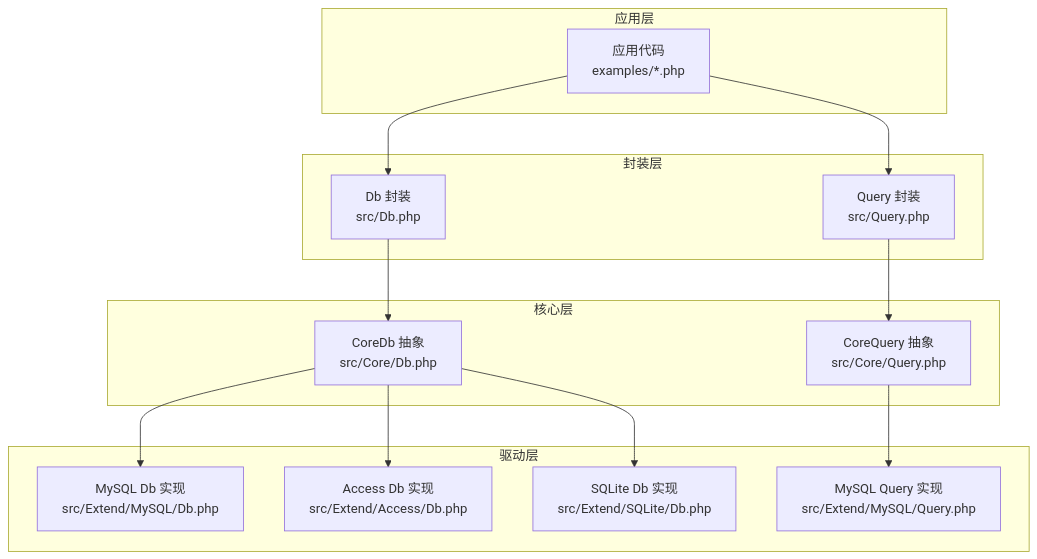
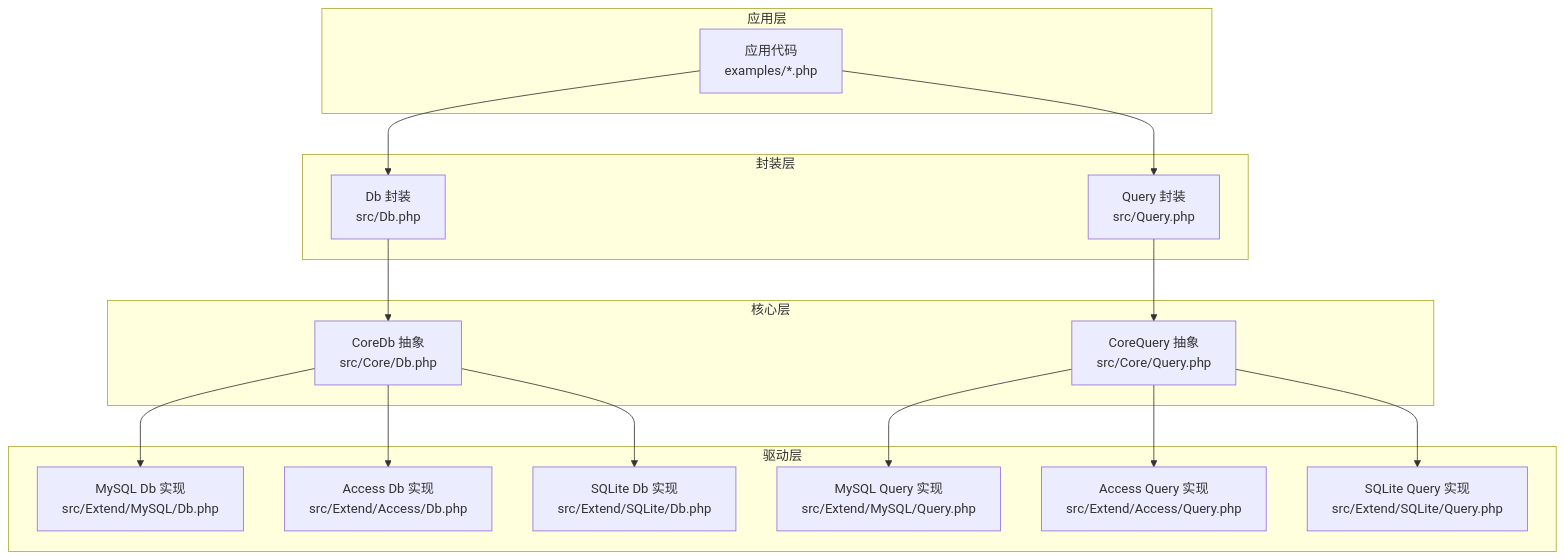
Before and after one commit to fizechan/FizeDatabase: the first of 7 diagrams in .qoder/repowiki/zh/content/使用示例/使用示例.md, drawn with Mermaid. The commit also changed other lines of this file and 9 other files, not shown here.

````diff
--- a/.qoder/repowiki/zh/content/使用示例/使用示例.md
+++ b/.qoder/repowiki/zh/content/使用示例/使用示例.md
@@ -48,28 +59,32 @@
 ```mermaid
 graph TB
 subgraph "应用层"
 APP["应用代码<br/>examples/*.php"]
 end
 subgraph "封装层"
 DBFacade["Db 封装<br/>src/Db.php"]
 QueryFacade["Query 封装<br/>src/Query.php"]
 end
 subgraph "核心层"
 CoreDb["CoreDb 抽象<br/>src/Core/Db.php"]
 CoreQuery["CoreQuery 抽象<br/>src/Core/Query.php"]
 end
 subgraph "驱动层"
 MySQLDb["MySQL Db 实现<br/>src/Extend/MySQL/Db.php"]
 MySQLQuery["MySQL Query 实现<br/>src/Extend/MySQL/Query.php"]
 AccessDb["Access Db 实现<br/>src/Extend/Access/Db.php"]
+AccessQuery["Access Query 实现<br/>src/Extend/Access/Query.php"]
 SQLiteDb["SQLite Db 实现<br/>src/Extend/SQLite/Db.php"]
+SQLiteQuery["SQLite Query 实现<br/>src/Extend/SQLite/Query.php"]
 end
 APP --> DBFacade
 APP --> QueryFacade
 DBFacade --> CoreDb
 QueryFacade --> CoreQuery
 CoreDb --> MySQLDb
 CoreDb --> AccessDb
 CoreDb --> SQLiteDb
 CoreQuery --> MySQLQuery
+CoreQuery --> AccessQuery
+CoreQuery --> SQLiteQuery
 ```
````
